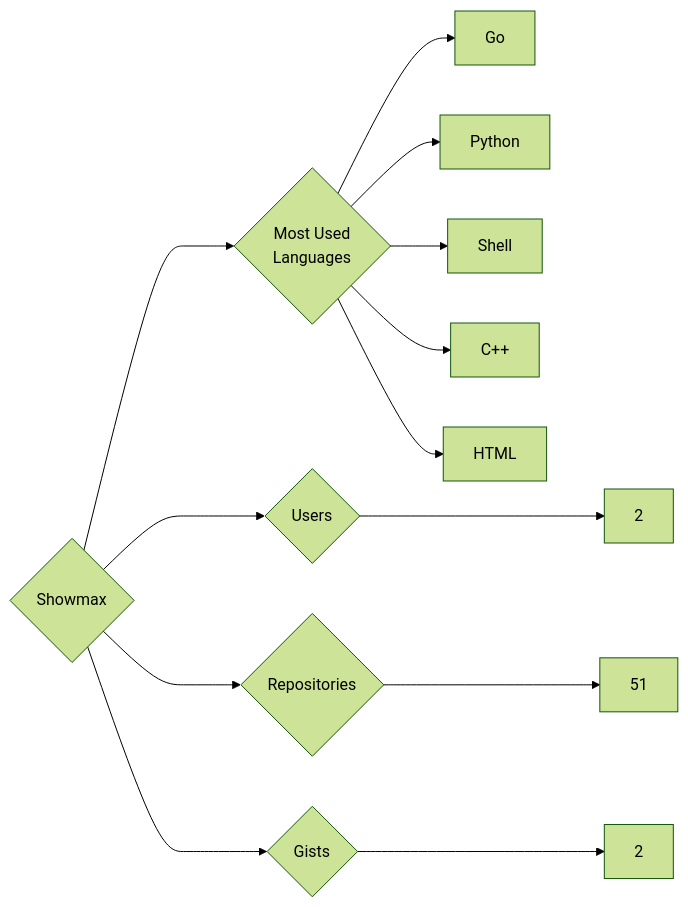
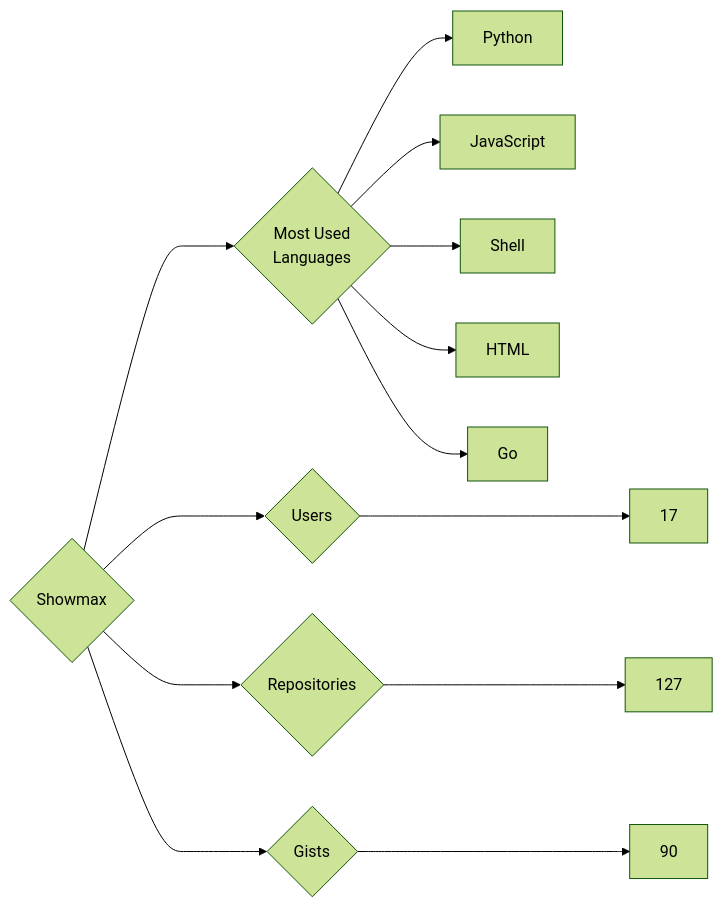
The diagram in targets/Showmax/README.md (trickest/insiders), drawn with Mermaid (forest theme) before and after one commit. The commit also changed 773 other files, not shown here.

````diff
--- a/targets/Showmax/README.md
+++ b/targets/Showmax/README.md
@@ -3,13 +3,13 @@
 ```mermaid
 graph LR
 COMPANY_NAME{Showmax}
-COMPANY_NAME ---> U{Users} ---> UN[2]
-COMPANY_NAME ---> R{Repositories} ---> RN[51]
-COMPANY_NAME ---> G{Gists} ---> GN[2]
+COMPANY_NAME ---> U{Users} ---> UN[17]
+COMPANY_NAME ---> R{Repositories} ---> RN[127]
+COMPANY_NAME ---> G{Gists} ---> GN[90]
 COMPANY_NAME ---> ML{Most Used<br>Languages}
+ML --> Python[Python]
+ML --> JavaScript[JavaScript]
+ML --> Shell[Shell]
+ML --> HTML[HTML]
 ML --> Go[Go]
-ML --> Python[Python]
-ML --> Shell[Shell]
-ML --> C++[C++]
-ML --> HTML[HTML]
 ```
````
